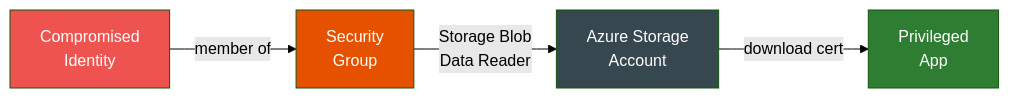
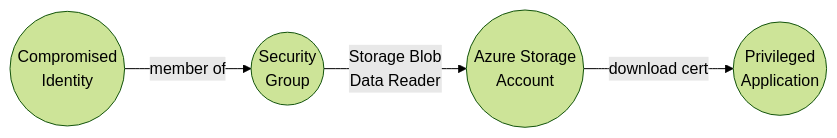
The third of 3 diagrams in docs/attack-paths/storage-certificate-theft.md (mvelazc0/BadZure), drawn with Mermaid (forest theme) before and after one commit. The commit also changed other lines of this file and 5 other files, not shown here.

Commit message:
improving documentation graphs

````diff
--- a/docs/attack-paths/storage-certificate-theft.md
+++ b/docs/attack-paths/storage-certificate-theft.md
@@ -76,11 +78,6 @@
     ``` mermaid
     graph LR
-        U["Compromised<br/>Identity"] -->|"member of"| G["Security<br/>Group"]
-        G -->|"Storage Blob<br/>Data Reader"| SA["Azure Storage<br/>Account"]
-        SA -->|"download cert"| APP["Privileged<br/>App"]
-
-        style U fill:#ef5350,color:#fff
-        style G fill:#e65100,color:#fff
-        style SA fill:#37474f,color:#fff
-        style APP fill:#2e7d32,color:#fff
+        U(("Compromised<br/>Identity")) -->|"member of"| G(("Security<br/>Group"))
+        G -->|"Storage Blob<br/>Data Reader"| SA(("Azure Storage<br/>Account"))
+        SA -->|"download cert"| APP(("Privileged<br/>Application"))
     ```
````
